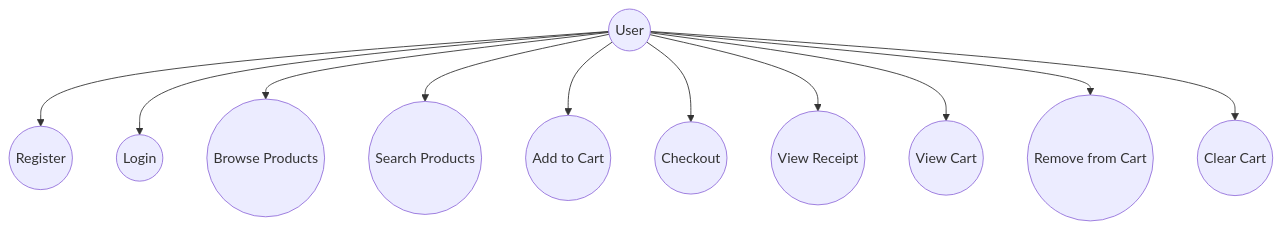
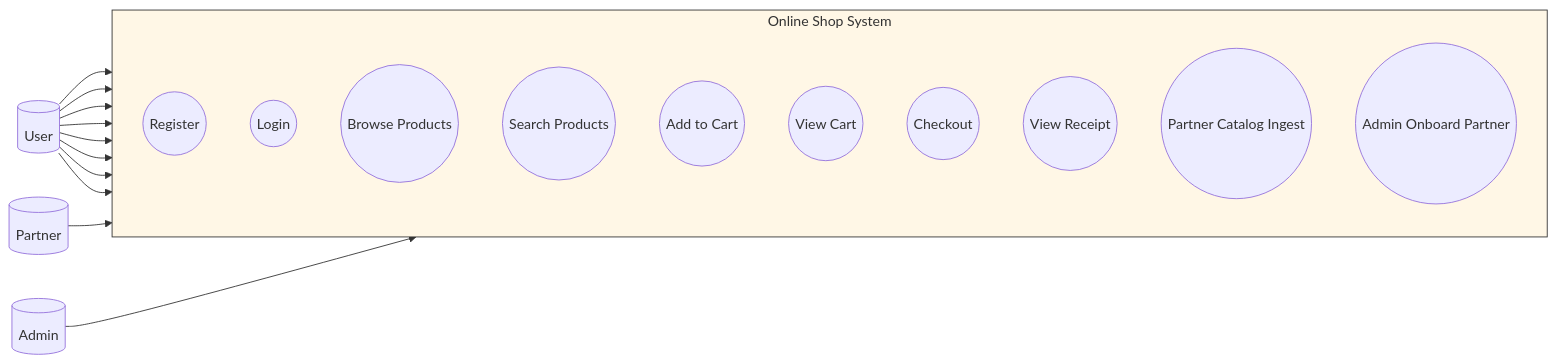
One commit to PC1-23/Checkpoint2 changed the fifth of 5 diagrams in docs/UML/uml_views.md. Above: the diagram before and after it, drawn with Mermaid. The commit also changed other lines of this file, not shown here.

````diff
--- a/docs/UML/uml_views.md
+++ b/docs/UML/uml_views.md
@@ -97,24 +134,35 @@
 ```mermaid
-flowchart TD
-  User((User))
-  Register((Register))
-  Login((Login))
-  Browse((Browse Products))
-  Search((Search Products))
-  AddCart((Add to Cart))
-  Checkout((Checkout))
-  Receipt((View Receipt))
-  ViewCart((View Cart))
-  RemoveCart((Remove from Cart))
-  ClearCart((Clear Cart))
-  User --> Register
-  User --> Login
-  User --> Browse
-  User --> Search
-  User --> AddCart
-  User --> Checkout
-  User --> Receipt
-  User --> ViewCart
-  User --> RemoveCart
-  User --> ClearCart
+%% Use-case style layout: system boundary with actors left/right and vertical use-cases
+flowchart LR
+  actorUser[(User)]
+  actorPartner[(Partner)]
+  actorAdmin[(Admin)]
+
+  subgraph SystemBoundary["Online Shop System"]
+    direction TB
+    UC1((Register))
+    UC2((Login))
+    UC3((Browse Products))
+    UC4((Search Products))
+    UC5((Add to Cart))
+    UC6((View Cart))
+    UC7((Checkout))
+    UC8((View Receipt))
+    UC9((Partner Catalog Ingest))
+    UC10((Admin Onboard Partner))
+  end
+
+  actorUser --> UC1
+  actorUser --> UC2
+  actorUser --> UC3
+  actorUser --> UC4
+  actorUser --> UC5
+  actorUser --> UC6
+  actorUser --> UC7
+  actorUser --> UC8
+
+  actorPartner --> UC9
+  actorAdmin --> UC10
+
+  style SystemBoundary fill:#fff7e6,stroke:#333,stroke-width:1px
 ```
````
